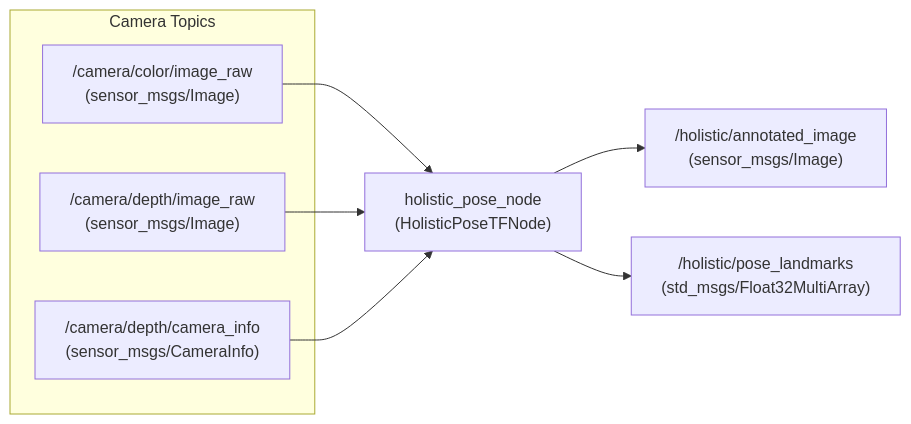
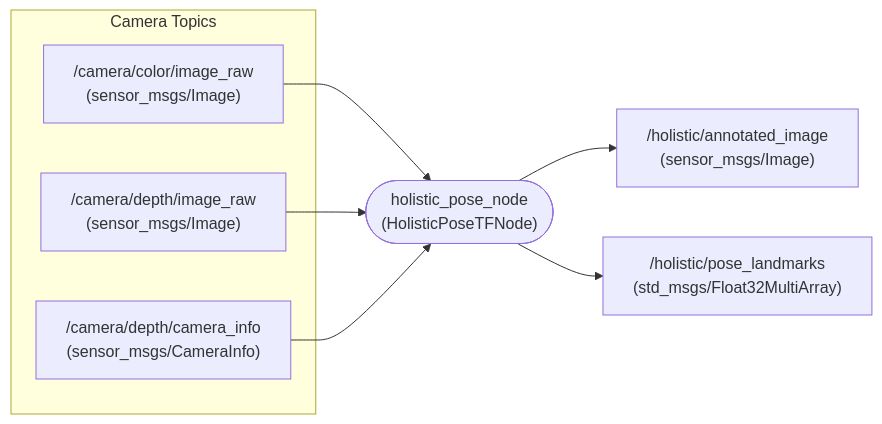
The diagram in README.md (iHaruruki/mediapipe_ros2), drawn with Mermaid before and after one commit.

````diff
--- a/README.md
+++ b/README.md
@@ -6,23 +6,23 @@
 ```mermaid
 flowchart LR
   %% ---------- Input topics ----------
   subgraph Camera Topics
     CIMG["/camera/color/image_raw<br/>(sensor_msgs/Image)"]
     DIMG["/camera/depth/image_raw<br/>(sensor_msgs/Image)"]
     DINFO["/camera/depth/camera_info<br/>(sensor_msgs/CameraInfo)"]
   end
 
   %% ---------- Node ----------
-  NODE["holistic_pose_node<br/>(HolisticPoseTFNode)"]
+  NODE(["holistic_pose_node<br/>(HolisticPoseTFNode)"])
 
   CIMG --> NODE
   DIMG --> NODE
   DINFO --> NODE
 
   %% ---------- Output topics ----------
   ANN["/holistic/annotated_image<br/>(sensor_msgs/Image)"]
   LM["/holistic/pose_landmarks<br/>(std_msgs/Float32MultiArray)"]
 
   NODE --> ANN
   NODE --> LM
 ```
````
